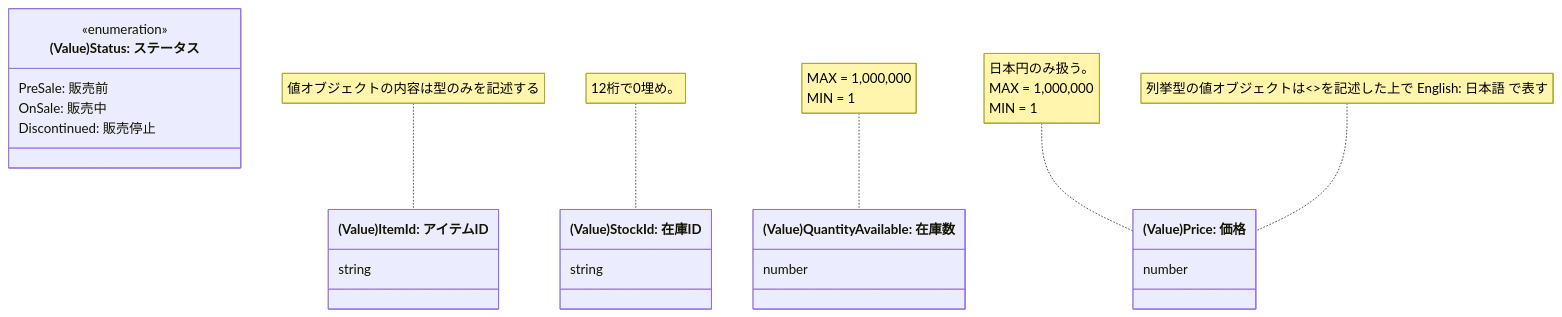
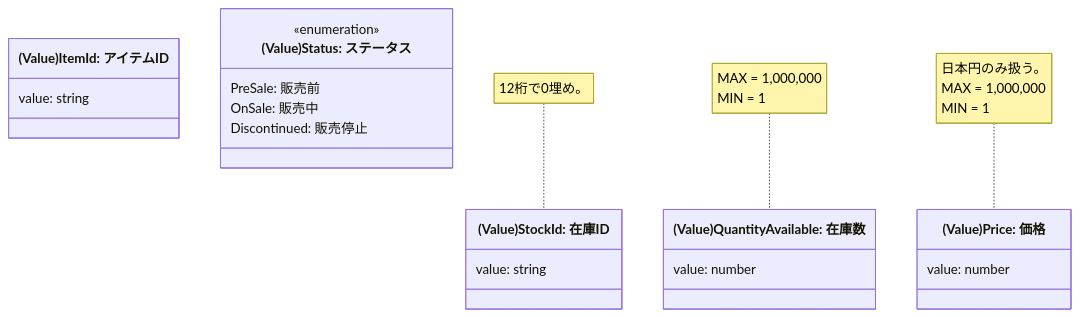
One commit to thsic/Maniae changed the second of 2 diagrams in .cursor/rules/modeling-rules.mdc. Above: the diagram before and after it, drawn with Mermaid. The commit also changed other lines of this file and 9 other files, not shown here.

````diff
--- a/.cursor/rules/modeling-rules.mdc
+++ b/.cursor/rules/modeling-rules.mdc
@@ -80,30 +188,29 @@
 ``` mermaid
 classDiagram
   class ItemId["(Value)ItemId: アイテムID"] {
-    string
+    value: string
   }
-  note for ItemId "値オブジェクトの内容は型のみを記述する"
-
+  
   class StockId["(Value)StockId: 在庫ID"] {
-    string
+    value: string
   }
-  note for StockId "12桁で0埋め。"
 
   class QuantityAvailable["(Value)QuantityAvailable: 在庫数"] {
-    number
+    value: number
   }
-  note for QuantityAvailable "MAX = 1,000,000<br>MIN = 1"
 
   class Price["(Value)Price: 価格"] {
-    number
+    value: number
   }
-  note for Price "日本円のみ扱う。<br>MAX = 1,000,000<br>MIN = 1"
 
   class Color["(Value)Status: ステータス"]{
     <<enumeration>>
     PreSale: 販売前
     OnSale: 販売中
     Discontinued: 販売停止
   }
-  note for Price "列挙型の値オブジェクトは<<enumeration>>を記述した上で English: 日本語 で表す"
+
+  note for StockId "12桁で0埋め。"
+  note for QuantityAvailable "MAX = 1,000,000<br>MIN = 1"
+  note for Price "日本円のみ扱う。<br>MAX = 1,000,000<br>MIN = 1"
 ```
````
